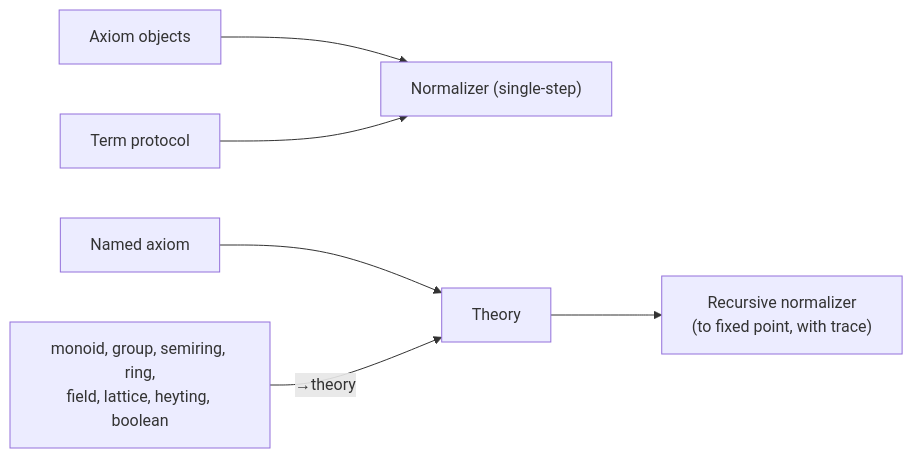
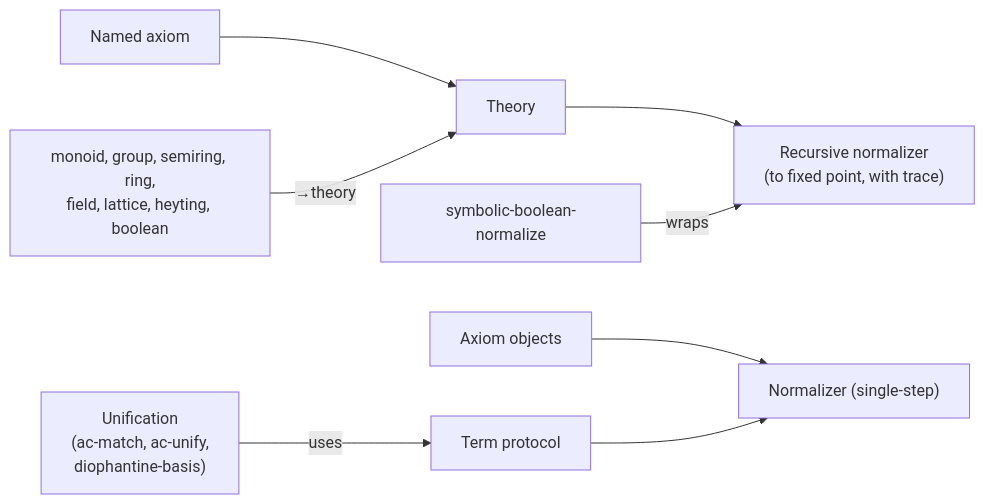
The third of 4 diagrams in docs/algebra/overview.md (aalpar/wile), drawn with Mermaid before and after one commit. The commit also changed other lines of this file and 10 other files, not shown here.

````diff
--- a/docs/algebra/overview.md
+++ b/docs/algebra/overview.md
@@ -87,8 +91,10 @@
 ```mermaid
 graph LR
     Ax["Axiom objects"] --> Norm["Normalizer (single-step)"]
     TP["Term protocol"] --> Norm
     NA["Named axiom"] --> Theory
     Theory --> RNorm["Recursive normalizer<br>(to fixed point, with trace)"]
     Structs["monoid, group, semiring, ring,<br>field, lattice, heyting, boolean"] -->|"→theory"| Theory
+    Unif["Unification<br>(ac-match, ac-unify,<br>diophantine-basis)"] -->|"uses"| TP
+    SBN["symbolic-boolean-normalize"] -->|"wraps"| RNorm
 ```
````
